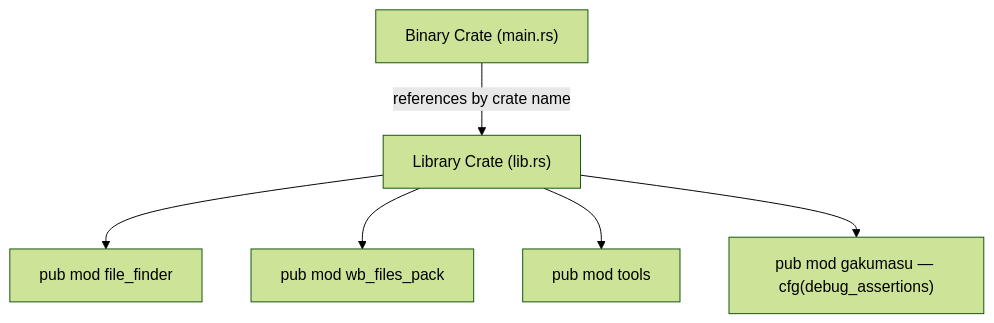
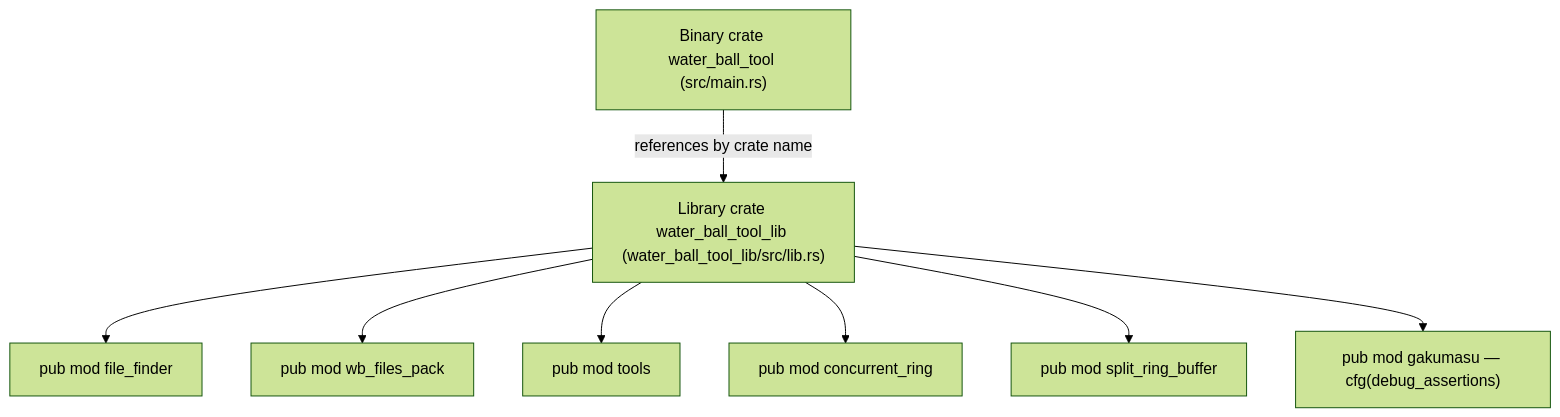
The first of 9 diagrams in ARCHITECTURE.md (WaterBall20/water_ball_tool), drawn with Mermaid (forest theme) before and after one commit. The commit also changed other lines of this file and 27 other files, not shown here.

````diff
--- a/ARCHITECTURE.md
+++ b/ARCHITECTURE.md
@@ -117,14 +142,18 @@
 ```mermaid
 flowchart TD
-    bin["Binary Crate (main.rs)"]
-    lib["Library Crate (lib.rs)"]
+    bin["Binary crate water_ball_tool (src/main.rs)"]
+    lib["Library crate water_ball_tool_lib (water_ball_tool_lib/src/lib.rs)"]
     ffm["pub mod file_finder"]
     wbm["pub mod wb_files_pack"]
     tm["pub mod tools"]
+    crm["pub mod concurrent_ring"]
+    srm["pub mod split_ring_buffer"]
     gm["pub mod gakumasu — cfg(debug_assertions)"]
     bin -->|references by crate name| lib
     lib --> ffm
     lib --> wbm
     lib --> tm
+    lib --> crm
+    lib --> srm
     lib --> gm
 ```
````
